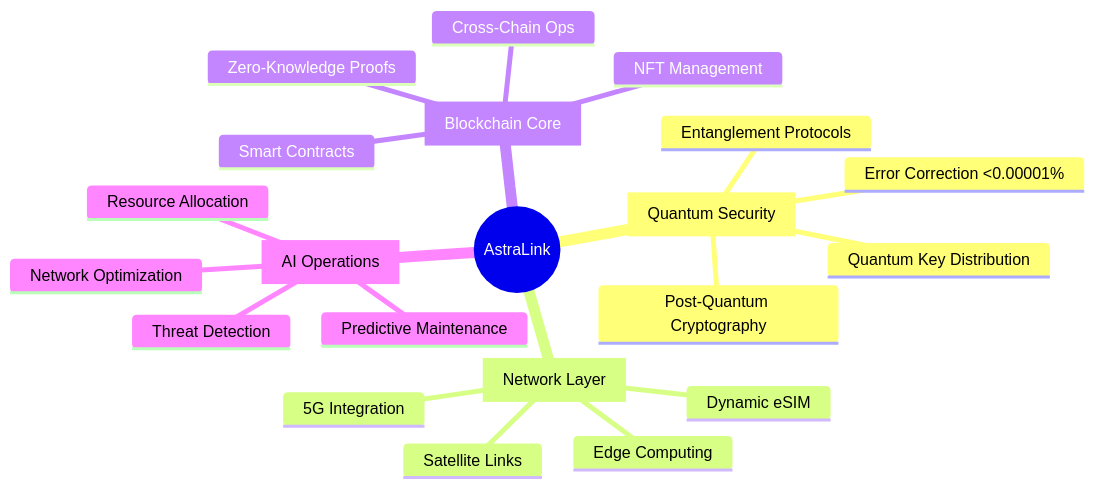
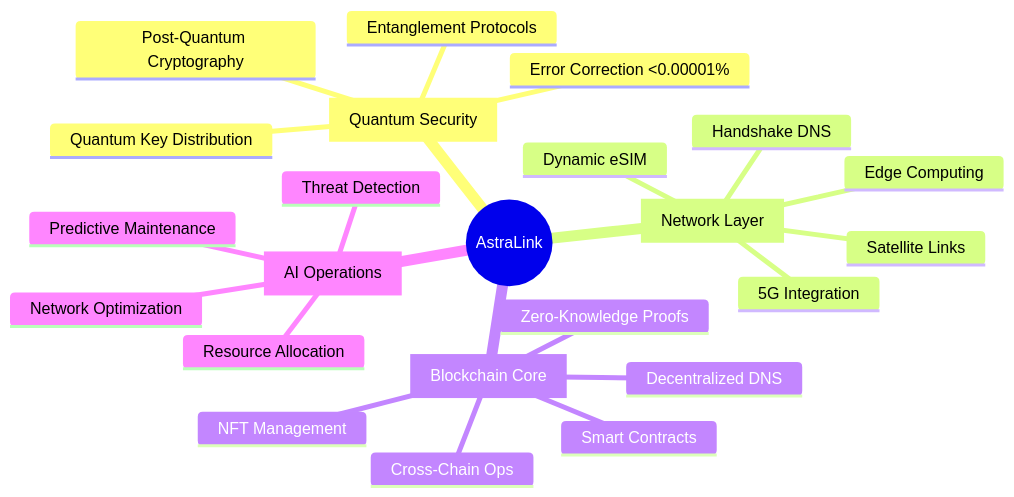
The first of 2 diagrams in README.md (redx94/AstraLink), drawn with Mermaid before and after one commit. The commit also changed other lines of this file and 18 other files, not shown here.

First line of the commit message:
feat: Add Handshake DNS integration with quantum.api domain

````diff
--- a/README.md
+++ b/README.md
@@ -12,24 +12,26 @@
 ```mermaid
 mindmap
   root((AstraLink))
     [Quantum Security]
       Post-Quantum Cryptography
       Quantum Key Distribution
       Error Correction <0.00001%
       Entanglement Protocols
     [Network Layer]
       Dynamic eSIM
       5G Integration
       Edge Computing
       Satellite Links
+      Handshake DNS
     [Blockchain Core]
       Smart Contracts
       Cross-Chain Ops
       NFT Management
       Zero-Knowledge Proofs
+      Decentralized DNS
     [AI Operations]
       Network Optimization
       Predictive Maintenance
       Threat Detection
       Resource Allocation
 ```
````
